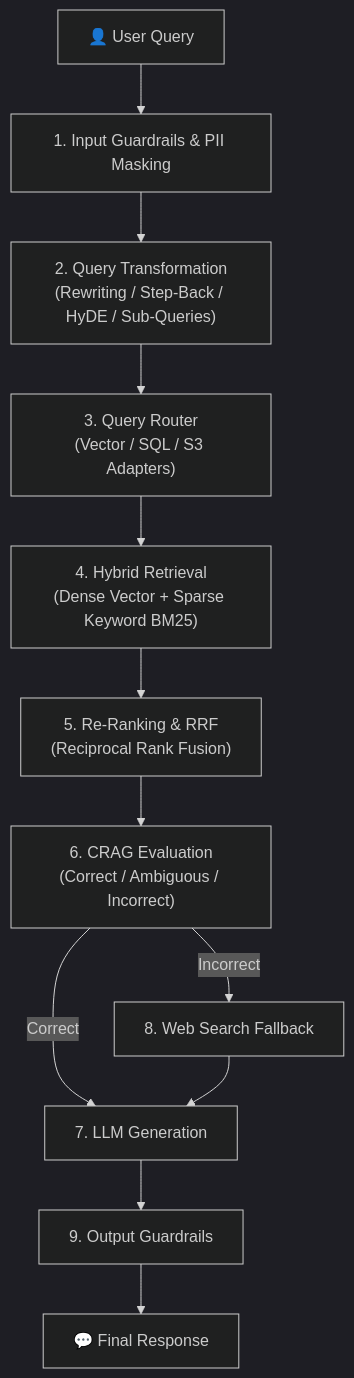
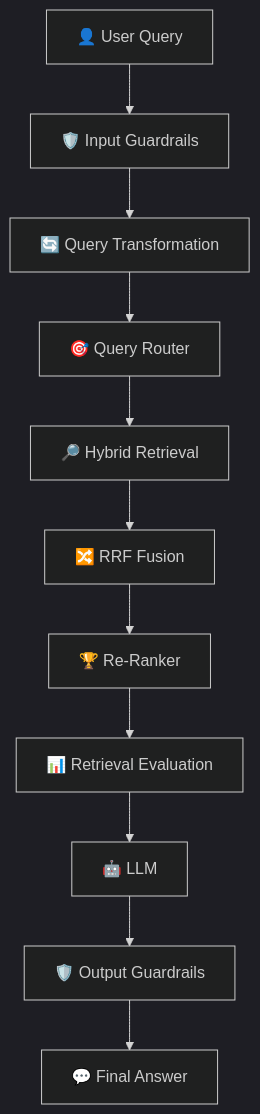
The first of 3 diagrams in week03/learning/day05/notes/interview.md (Amie-dev/Gen-AI-Cohort-2026), drawn with Mermaid (dark theme) before and after one commit. The commit also changed other lines of this file and 6 other files, not shown here.

````diff
--- a/week03/learning/day05/notes/interview.md
+++ b/week03/learning/day05/notes/interview.md
@@ -49,14 +90,26 @@
 ```mermaid
 flowchart TD
-    QUERY["👤 User Query"] --> GUARD["1. Input Guardrails & PII Masking"]
-    GUARD --> TRANS["2. Query Transformation<br/>(Rewriting / Step-Back / HyDE / Sub-Queries)"]
-    TRANS --> ROUTE["3. Query Router<br/>(Vector / SQL / S3 Adapters)"]
-    ROUTE --> RETRIEVE["4. Hybrid Retrieval<br/>(Dense Vector + Sparse Keyword BM25)"]
-    RETRIEVE --> RERANK["5. Re-Ranking & RRF<br/>(Reciprocal Rank Fusion)"]
-    RERANK --> EVAL["6. CRAG Evaluation<br/>(Correct / Ambiguous / Incorrect)"]
-    EVAL -->|Correct| GEN["7. LLM Generation"]
-    EVAL -->|Incorrect| FALLBACK["8. Web Search Fallback"]
-    FALLBACK --> GEN
-    GEN --> OUT_GUARD["9. Output Guardrails"]
-    OUT_GUARD --> RESPONSE["💬 Final Response"]
+
+    U["👤 User Query"]
+    G["🛡️ Input Guardrails"]
+    T["🔄 Query Transformation"]
+    R["🎯 Query Router"]
+    H["🔎 Hybrid Retrieval"]
+    F["🔀 RRF Fusion"]
+    RR["🏆 Re-Ranker"]
+    E["📊 Retrieval Evaluation"]
+    L["🤖 LLM"]
+    O["🛡️ Output Guardrails"]
+    A["💬 Final Answer"]
+
+    U --> G
+    G --> T
+    T --> R
+    R --> H
+    H --> F
+    F --> RR
+    RR --> E
+    E --> L
+    L --> O
+    O --> A
 ```
````
